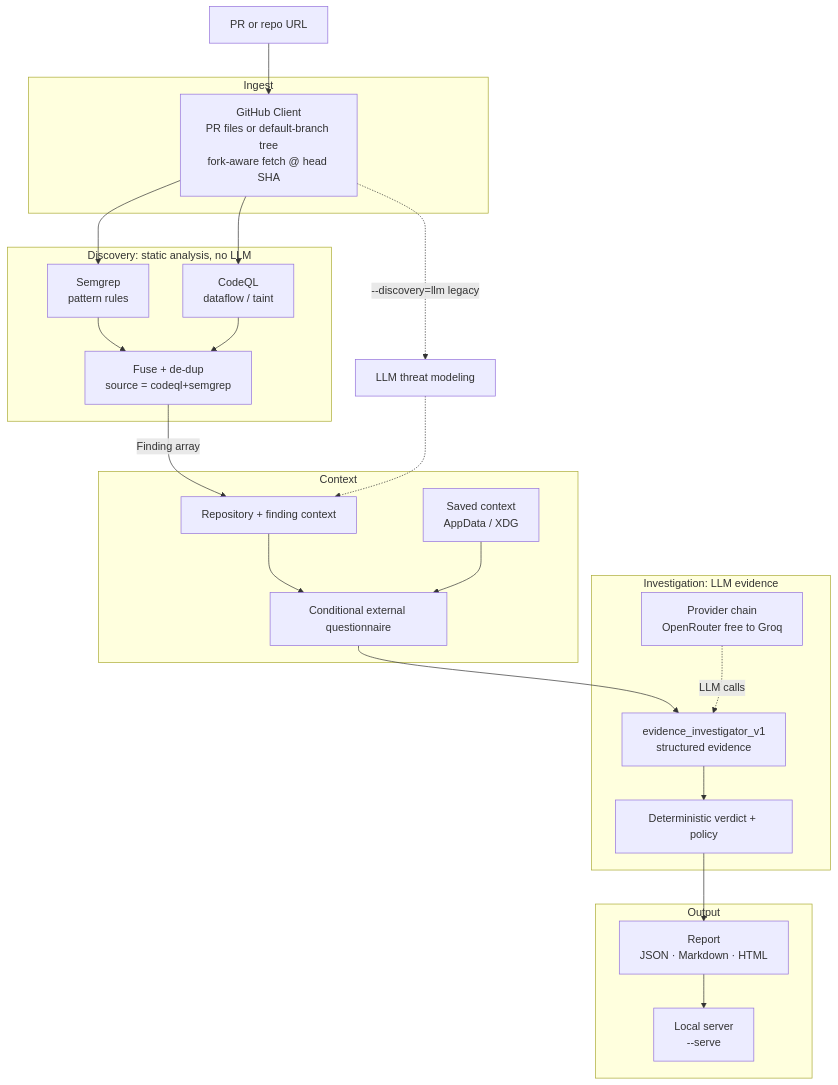
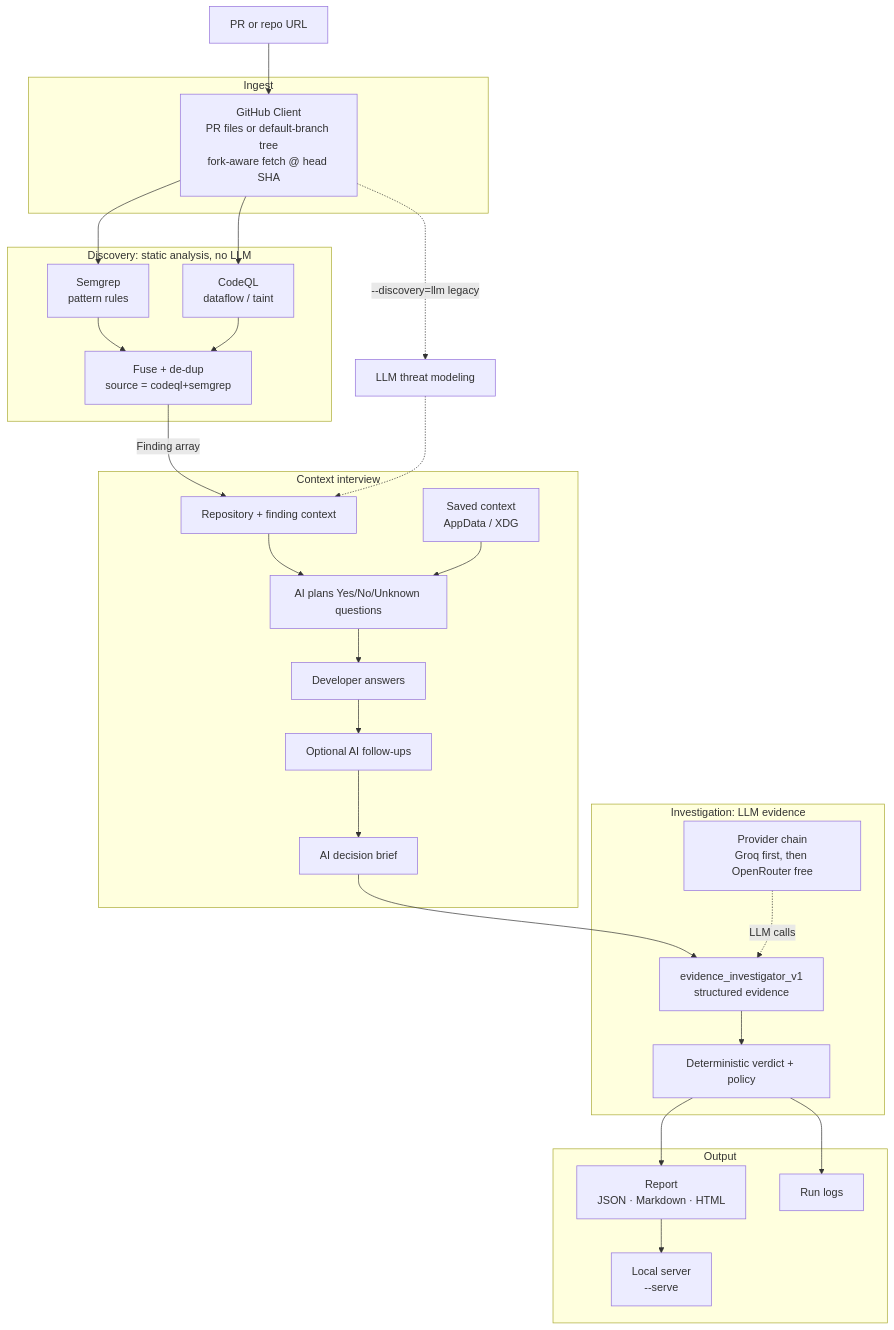
Before and after one commit to prasannasalunkhe18/ThreatLens: the first of 2 diagrams in README.md, drawn with Mermaid. The commit also changed other lines of this file and 5 other files, not shown here.

````diff
--- a/README.md
+++ b/README.md
@@ -31,47 +35,55 @@
 ```mermaid
 flowchart TB
     PR[PR or repo URL]
 
     subgraph ingest [Ingest]
         GH["GitHub Client<br/>PR files or default-branch tree<br/>fork-aware fetch @ head SHA"]
     end
 
     subgraph discovery ["Discovery: static analysis, no LLM"]
         SG["Semgrep<br/>pattern rules"]
         CQ["CodeQL<br/>dataflow / taint"]
         FU["Fuse + de-dup<br/>source = codeql+semgrep"]
     end
 
-    subgraph context [Context]
+    subgraph context [Context interview]
         RC["Repository + finding context"]
-        Q["Conditional external questionnaire"]
+        AIQ["AI plans Yes/No/Unknown questions"]
+        ASK["Developer answers"]
+        FUQ["Optional AI follow-ups"]
+        BRIEF["AI decision brief"]
         STORE["Saved context<br/>AppData / XDG"]
     end
 
     subgraph investigate ["Investigation: LLM evidence"]
         EV["evidence_investigator_v1<br/>structured evidence"]
-        PROV["Provider chain<br/>OpenRouter free to Groq"]
+        PROV["Provider chain<br/>Groq first, then OpenRouter free"]
         VD["Deterministic verdict + policy"]
     end
 
     subgraph output [Output]
         RPT["Report<br/>JSON · Markdown · HTML"]
         SRV["Local server<br/>--serve"]
+        RUNS["Run logs"]
     end
 
     PR --> GH
     GH --> SG
     GH --> CQ
     GH -.->|--discovery=llm legacy| LLMTM["LLM threat modeling"]
     SG --> FU
     CQ --> FU
     FU -->|Finding array| RC
     LLMTM -.-> RC
-    RC --> Q
-    STORE --> Q
-    Q --> EV
+    RC --> AIQ
+    STORE --> AIQ
+    AIQ --> ASK
+    ASK --> FUQ
+    FUQ --> BRIEF
+    BRIEF --> EV
     PROV -.LLM calls.-> EV
     EV --> VD
     VD --> RPT
     RPT --> SRV
+    VD --> RUNS
 ```
````
